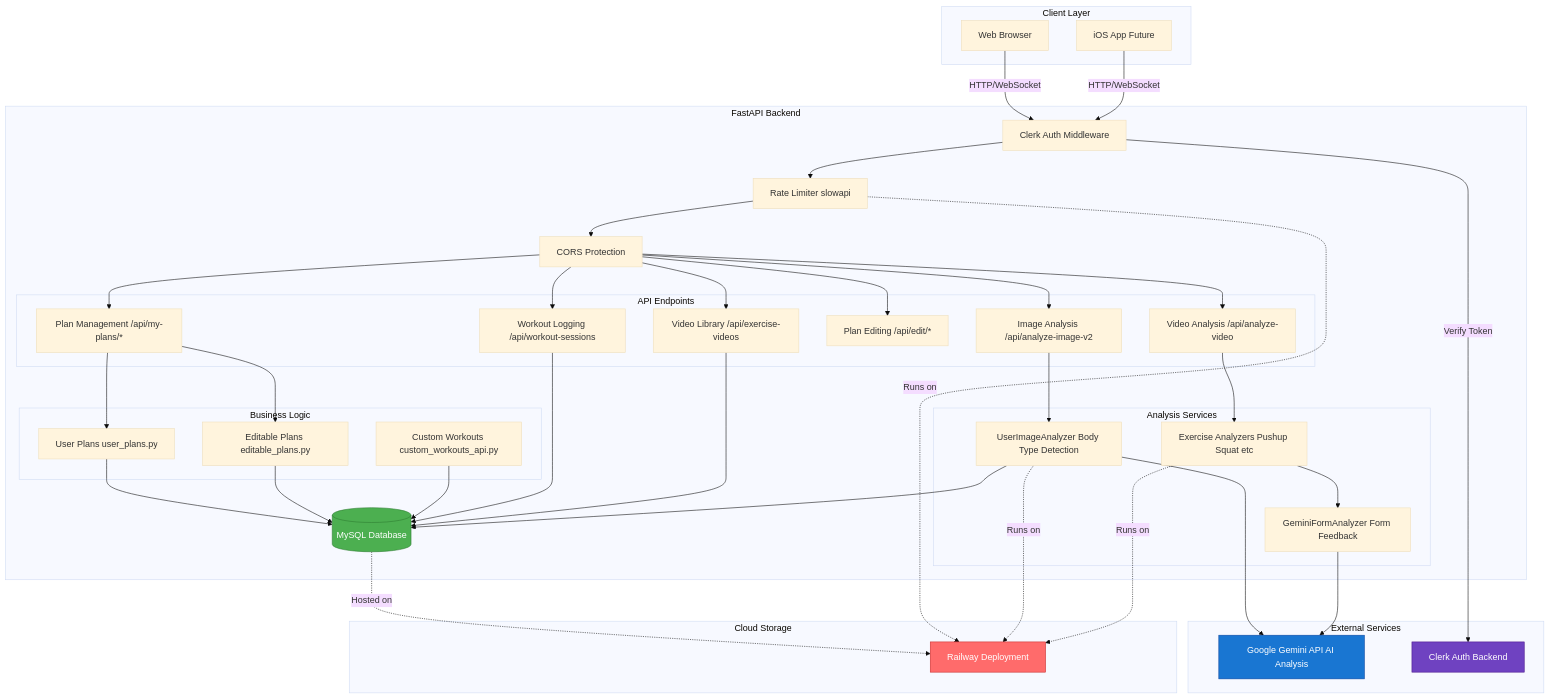
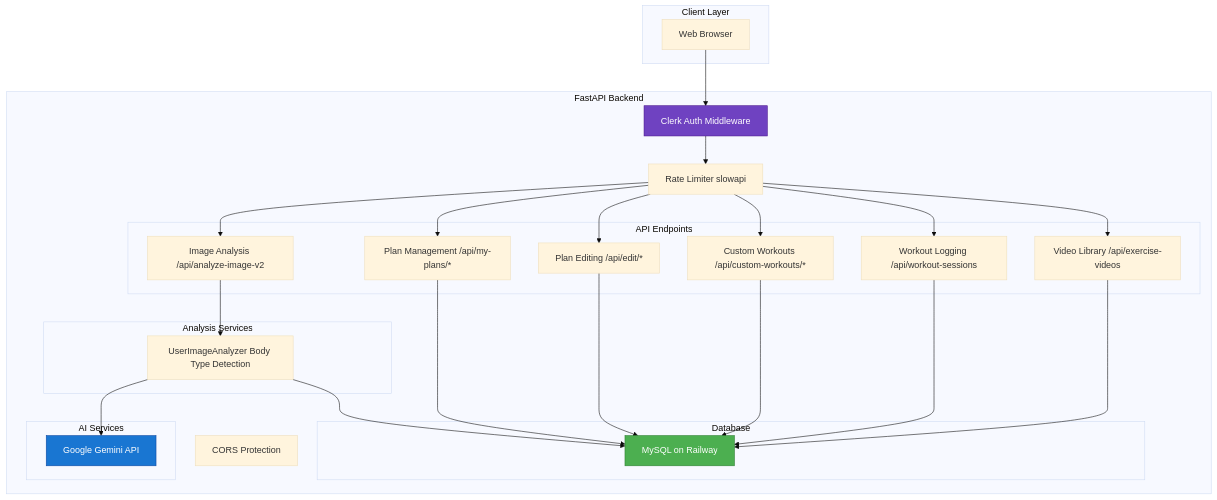
One commit to moazanTUS/sculptfitt changed the second of 3 diagrams in DATABASE_ARCHITECTURE.md. Above: the diagram before and after it, drawn with Mermaid (base theme). The commit also changed other lines of this file and 3 other files, not shown here.

````diff
--- a/DATABASE_ARCHITECTURE.md
+++ b/DATABASE_ARCHITECTURE.md
@@ -28,7 +28,6 @@
 graph TB
     subgraph "Client Layer"
         WEB["Web Browser"]
-        iOS["iOS App Future"]
     end
     
     subgraph "FastAPI Backend"
@@ -38,74 +37,46 @@
         
         subgraph "API Endpoints"
             IMG_API["Image Analysis /api/analyze-image-v2"]
-            VID_API["Video Analysis /api/analyze-video"]
             PLAN_API["Plan Management /api/my-plans/*"]
             EDIT_API["Plan Editing /api/edit/*"]
+            CUSTOM_API["Custom Workouts /api/custom-workouts/*"]
             LOG_API["Workout Logging /api/workout-sessions"]
-            LIB_API["Video Library /api/exercise-videos"]
+            VIDEO_API["Video Library /api/exercise-videos"]
         end
         
         subgraph "Analysis Services"
             IMG_ANALYZER["UserImageAnalyzer Body Type Detection"]
-            VID_ANALYZER["Exercise Analyzers Pushup Squat etc"]
-            FORM_ANALYZER["GeminiFormAnalyzer Form Feedback"]
         end
         
-        subgraph "Business Logic"
-            USER_PLANS["User Plans user_plans.py"]
-            EDITABLE["Editable Plans editable_plans.py"]
-            CUSTOM["Custom Workouts custom_workouts_api.py"]
+        subgraph "AI Services"
+            GEMINI["Google Gemini API"]
         end
         
-        DB[("MySQL Database")]
+        subgraph "Database"
+            DB["MySQL on Railway"]
+        end
     end
     
-    subgraph "External Services"
-        GOOGLE["Google Gemini API AI Analysis"]
-        CLERK["Clerk Auth Backend"]
-    end
-    
-    subgraph "Cloud Storage"
-        RAILWAY["Railway Deployment"]
-    end
-    
-    WEB -->|HTTP/WebSocket| AUTH
-    iOS -->|HTTP/WebSocket| AUTH
-    
-    AUTH -->|Verify Token| CLERK
+    WEB --> AUTH
     AUTH --> RATE
-    RATE --> CORS
-    CORS --> IMG_API
-    CORS --> VID_API
-    CORS --> PLAN_API
-    CORS --> EDIT_API
-    CORS --> LOG_API
-    CORS --> LIB_API
+    RATE --> IMG_API
+    RATE --> PLAN_API
+    RATE --> EDIT_API
+    RATE --> CUSTOM_API
+    RATE --> LOG_API
+    RATE --> VIDEO_API
     
     IMG_API --> IMG_ANALYZER
+    IMG_ANALYZER --> GEMINI
     IMG_ANALYZER --> DB
-    IMG_ANALYZER --> GOOGLE
     
-    VID_API --> VID_ANALYZER
-    VID_ANALYZER --> FORM_ANALYZER
-    FORM_ANALYZER --> GOOGLE
-    
-    PLAN_API --> USER_PLANS
-    PLAN_API --> EDITABLE
-    USER_PLANS --> DB
-    EDITABLE --> DB
-    CUSTOM --> DB
-    
+    PLAN_API --> DB
+    EDIT_API --> DB
+    CUSTOM_API --> DB
     LOG_API --> DB
-    LIB_API --> DB
-    
-    DB -.->|Hosted on| RAILWAY
-    RATE -.->|Runs on| RAILWAY
-    IMG_ANALYZER -.->|Runs on| RAILWAY
-    VID_ANALYZER -.->|Runs on| RAILWAY
+    VIDEO_API --> DB
     
     style DB fill:#4CAF50,stroke:#2E7D32,color:#fff
-    style GOOGLE fill:#1976D2,stroke:#0D47A1,color:#fff
-    style CLERK fill:#6F42C1,stroke:#4A148C,color:#fff
-    style RAILWAY fill:#FF6B6B,stroke:#C92A2A,color:#fff
+    style GEMINI fill:#1976D2,stroke:#0D47A1,color:#fff
+    style AUTH fill:#6F42C1,stroke:#4A148C,color:#fff
 ```
````
